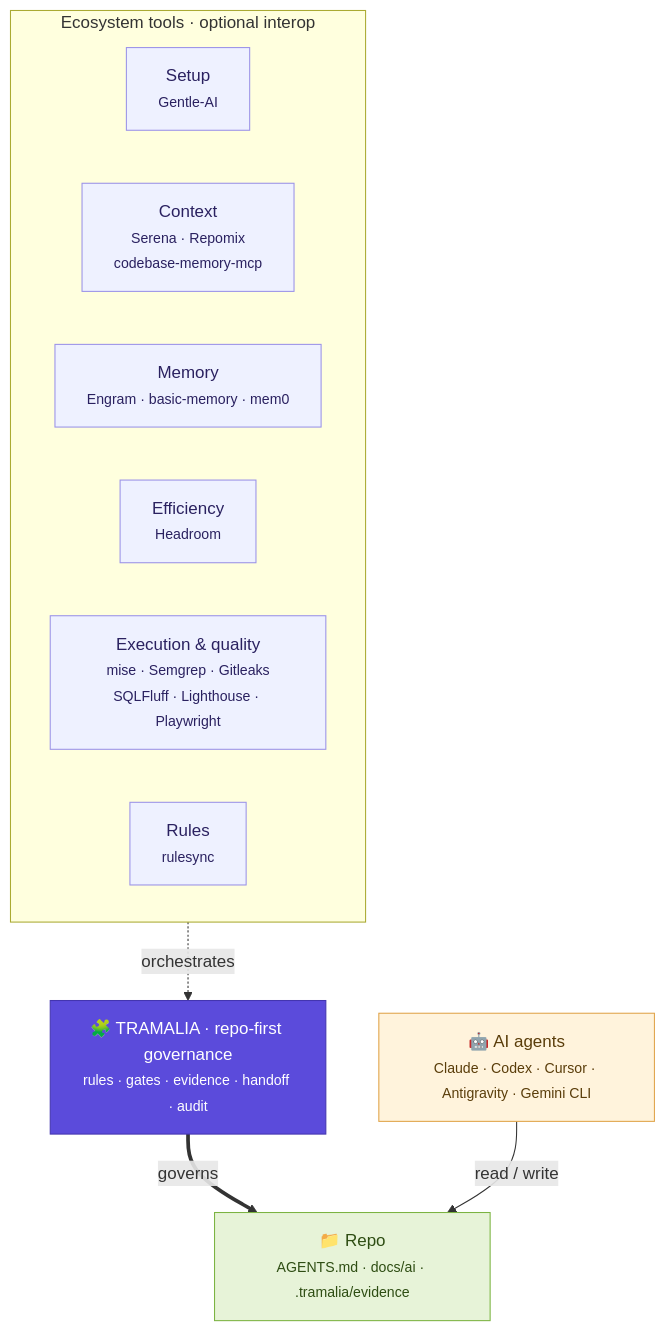
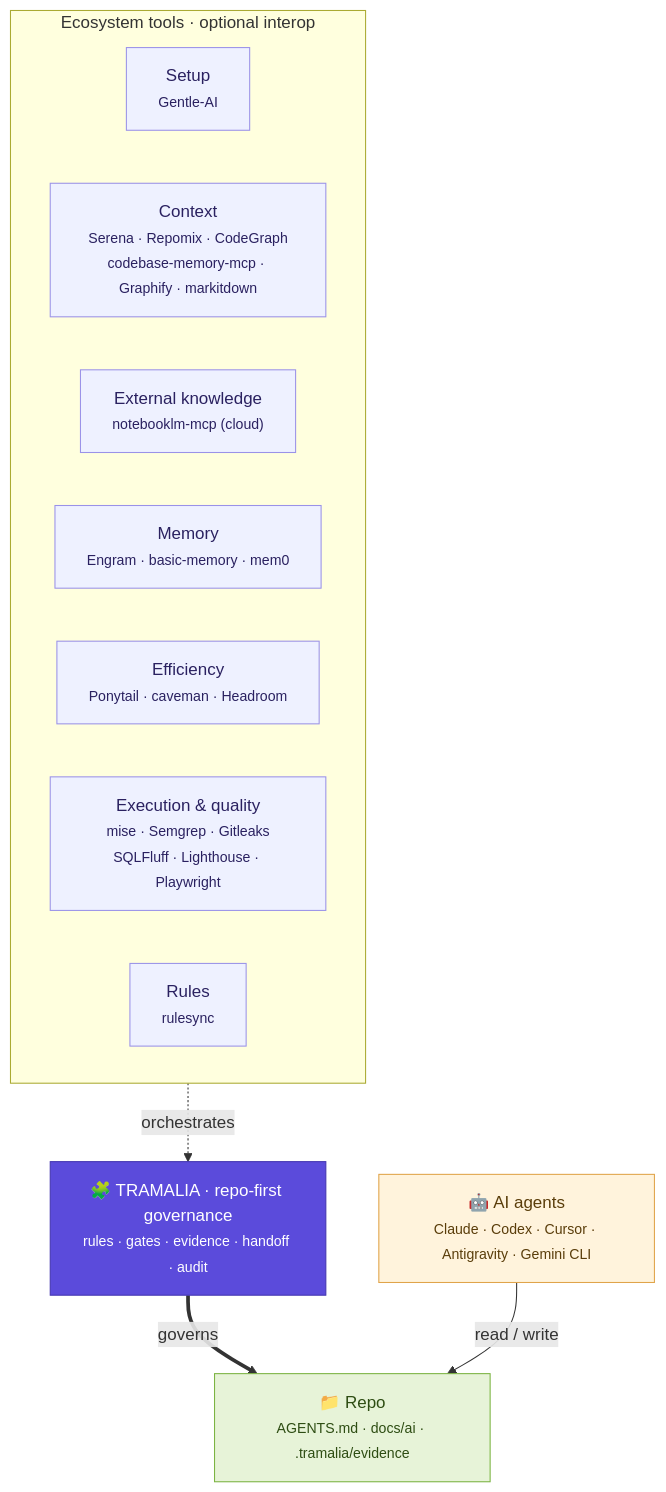
Before and after one commit to MscottB/tramalia: the diagram in docs/ecosistema.en.md, drawn with Mermaid. The commit also changed other lines of this file and 21 other files, not shown here.

First line of the commit message:
docs: revisión completa — reflejar CodeGraph/Graphify/markitdown/notebooklm-mcp, i18n, horizontes y guardia de init

````diff
--- a/docs/ecosistema.en.md
+++ b/docs/ecosistema.en.md
@@ -9,26 +9,27 @@
 ```mermaid
 flowchart TB
     classDef core fill:#5b4bdb,stroke:#4335b0,color:#ffffff;
     classDef sat  fill:#eef1ff,stroke:#9a92e8,color:#2a2160;
     classDef repo fill:#e7f3d8,stroke:#7cb342,color:#2e4d13;
     classDef agent fill:#fff3dc,stroke:#e0a44a,color:#5a3d0a;
 
     AG["🤖 AI agents<br/><small>Claude · Codex · Cursor · Antigravity · Gemini CLI</small>"]:::agent
 
     subgraph TOOLS["Ecosystem tools · optional interop"]
       direction LR
       SETUP["Setup<br/><small>Gentle-AI</small>"]:::sat
-      CTX["Context<br/><small>Serena · Repomix<br/>codebase-memory-mcp</small>"]:::sat
+      CTX["Context<br/><small>Serena · Repomix · CodeGraph<br/>codebase-memory-mcp · Graphify · markitdown</small>"]:::sat
+      KNOW["External knowledge<br/><small>notebooklm-mcp (cloud)</small>"]:::sat
       MEM["Memory<br/><small>Engram · basic-memory · mem0</small>"]:::sat
-      EFF["Efficiency<br/><small>Headroom</small>"]:::sat
+      EFF["Efficiency<br/><small>Ponytail · caveman · Headroom</small>"]:::sat
       EXEC["Execution & quality<br/><small>mise · Semgrep · Gitleaks<br/>SQLFluff · Lighthouse · Playwright</small>"]:::sat
       FAN["Rules<br/><small>rulesync</small>"]:::sat
     end
 
     T["🧩 TRAMALIA · repo-first governance<br/><small>rules · gates · evidence · handoff · audit</small>"]:::core
     R["📁 Repo<br/><small>AGENTS.md · docs/ai · .tramalia/evidence</small>"]:::repo
 
     TOOLS -. orchestrates .-> T
     T ==>|governs| R
     AG -->|read / write| R
 ```
````
